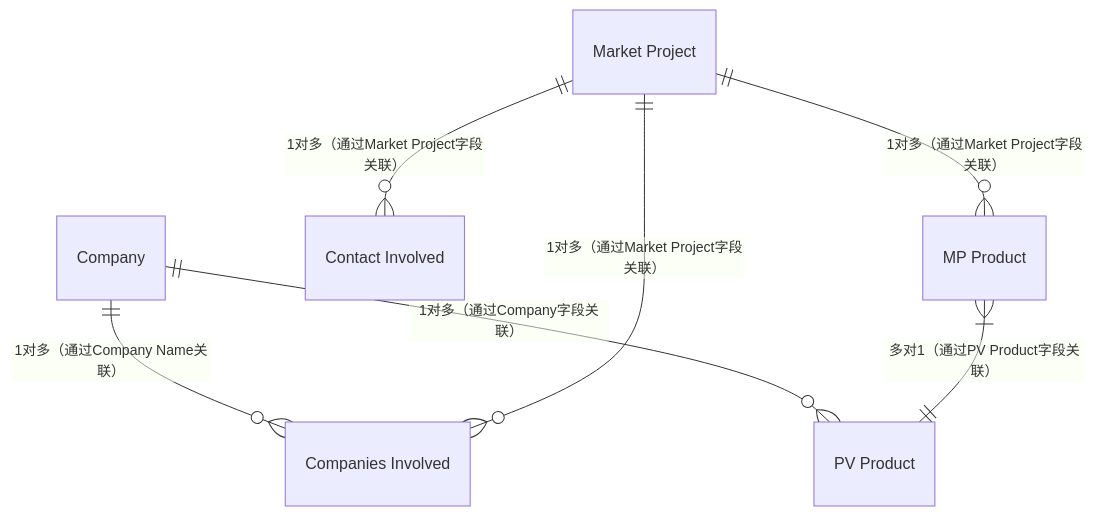
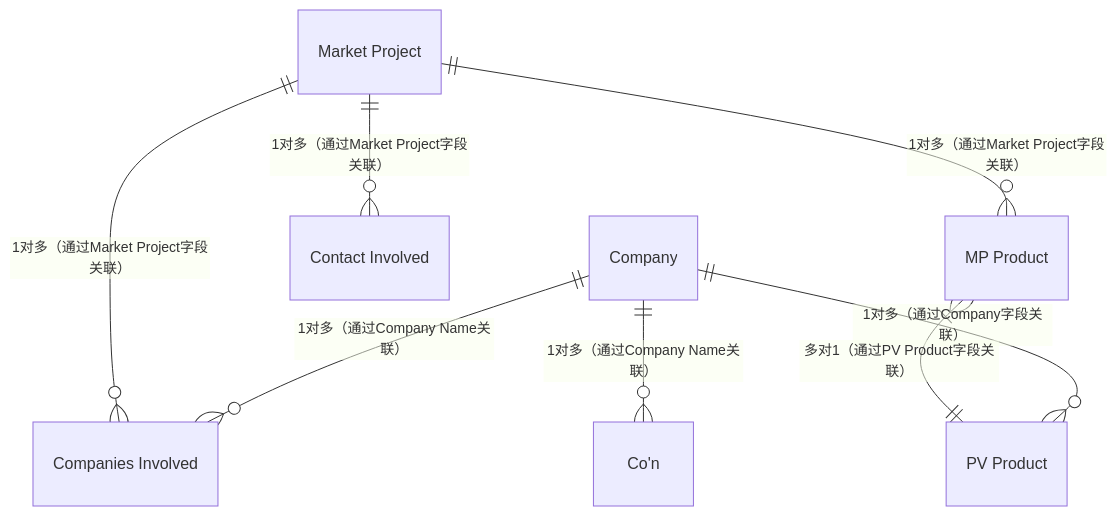
The diagram in all/Norden数据E-R图.md (zhangziru-33/iodraw-files), drawn with Mermaid before and after one commit.

Commit message:
2025-12-04 13:21:12 update

````diff
--- a/all/Norden数据E-R图.md
+++ b/all/Norden数据E-R图.md
@@ -1,11 +1,11 @@
 ```mermaid
 %% {init: {'theme': 'base', 'themeVariables': {'background': '#ffffff'}}}%%
 erDiagram
     Company ||--o{ "Companies Involved" : "1对多（通过Company Name关联）"
     Company ||--o{ "PV Product" : "1对多（通过Company字段关联）"
-    
+    Company ||--o{ "Co'n" : "1对多（通过Company Name关联）"
     "Market Project" ||--o{ "Companies Involved" : "1对多（通过Market Project字段关联）"
     "Market Project" ||--o{ "Contact Involved" : "1对多（通过Market Project字段关联）"
     "Market Project" ||--o{ "MP Product" : "1对多（通过Market Project字段关联）"
     "MP Product" }|--|| "PV Product" : "多对1（通过PV Product字段关联）"
 ```
````
